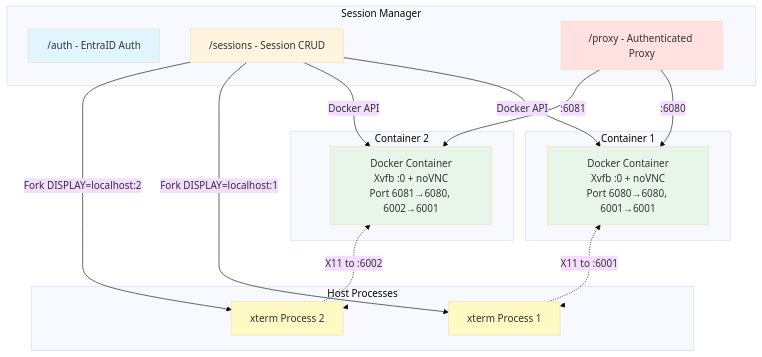
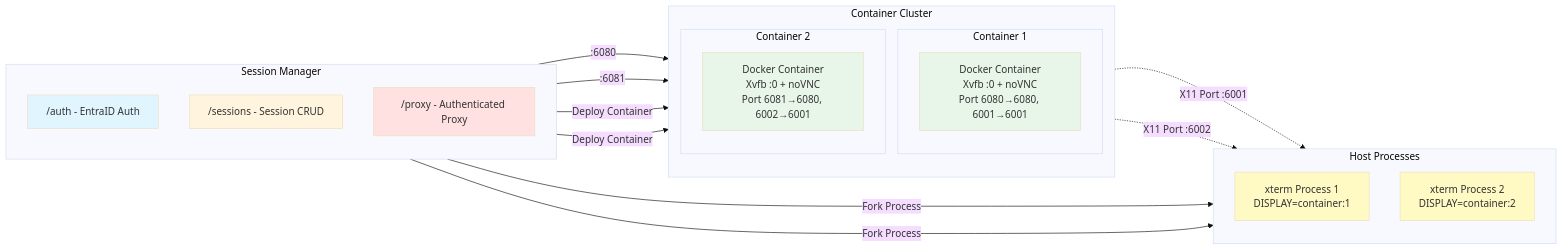
Before and after one commit to khowling/x11-to-html: the first of 2 diagrams in README.md, drawn with Mermaid (base theme).

````diff
--- a/README.md
+++ b/README.md
@@ -7,45 +7,45 @@
 ```mermaid
-graph TB
+graph LR
     subgraph "Session Manager"
+        direction TB
         AUTH["/auth - EntraID Auth"]
         SM["/sessions - Session CRUD"]
         PROXY["/proxy - Authenticated Proxy"]
     end
     
-    subgraph "Container 1"
-        D1["Docker Container<br/>Xvfb :0 + noVNC<br/>Port 6080→6080, 6001→6001"]
-    end
-    
-    subgraph "Container 2"
-        D2["Docker Container<br/>Xvfb :0 + noVNC<br/>Port 6081→6080, 6002→6001"]
-    end
-    
-    subgraph "Host Processes"
-        XT1[xterm Process 1]
-        XT2[xterm Process 2]
-    end
-    
-    SM -->|Docker API| D1
-    SM -->|Docker API| D2
-    D1 --> XT1
-    D2 --> XT2
-    
-    SM -->|Fork DISPLAY=localhost:1| XT1
-    SM -->|Fork DISPLAY=localhost:2| XT2
-    
-    XT1 -.->|X11 to :6001| D1
-    XT2 -.->|X11 to :6002| D2
-    
     PROXY -->|:6080| D1
     PROXY -->|:6081| D2
     
-    linkStyle 2 stroke-width:0
-    linkStyle 3 stroke-width:0
+    SM -->|Fork Process| XT1
+    SM -->|Fork Process| XT2
+    
+    subgraph CC["Container Cluster"]
+        direction TB
+        subgraph C1["Container 1"]
+            D1["Docker Container<br/>Xvfb :0 + noVNC<br/>Port 6080→6080, 6001→6001"]
+        end
+        
+        subgraph C2["Container 2"]
+            D2["Docker Container<br/>Xvfb :0 + noVNC<br/>Port 6081→6080, 6002→6001"]
+        end
+    end
+    
+    SM -->|Deploy Container| D1
+    SM -->|Deploy Container| D2
+    
+    D1 -.->|X11 Port :6001| XT1
+    D2 -.->|X11 Port :6002| XT2
+    
+    subgraph HP["Host Processes"]
+        direction TB
+        XT1["xterm Process 1<br/>DISPLAY=container:1"]
+        XT2["xterm Process 2<br/>DISPLAY=container:2"]
+    end
     
     style AUTH fill:#e1f5ff
     style PROXY fill:#ffe1e1
     style D1 fill:#e8f5e9
     style D2 fill:#e8f5e9
     style XT1 fill:#fff9c4
     style XT2 fill:#fff9c4
 ```
````
